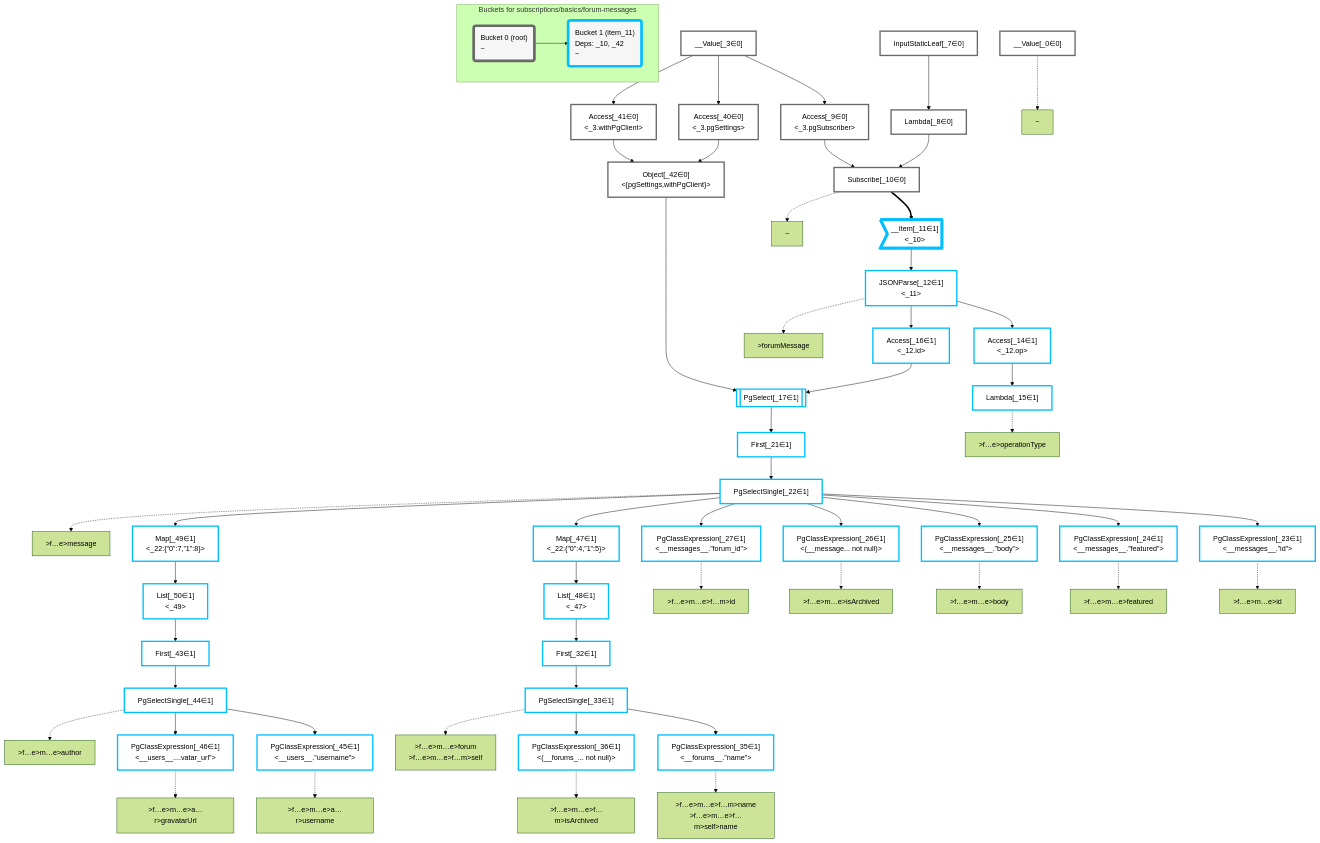
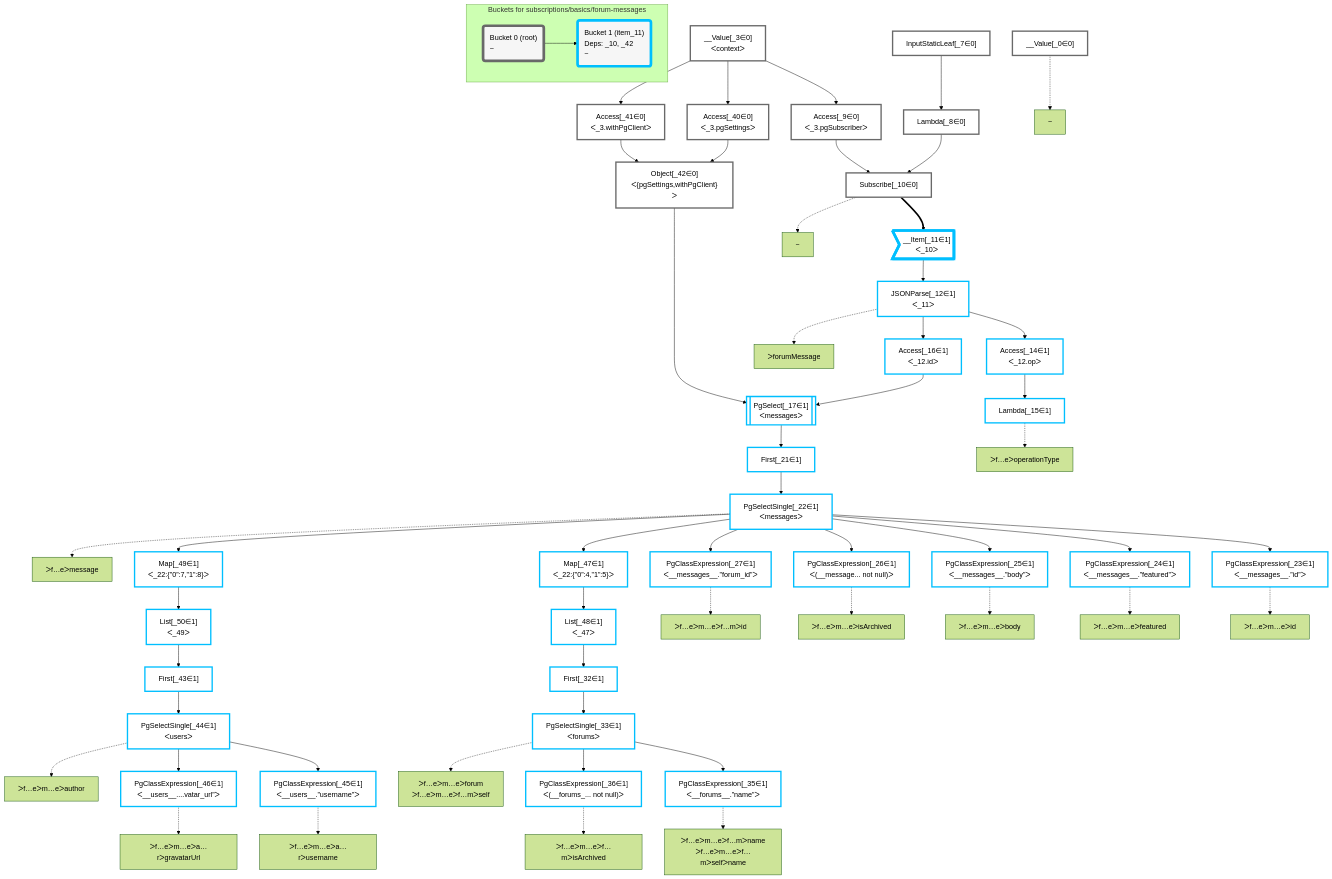
Before and after one commit to graphile/crystal: the diagram in packages/dataplan-pg/__tests__/subscriptions/basics/forum-messages.mermaid.md, drawn with Mermaid (forest theme). The commit also changed 195 other files, not shown here.

```diff
--- a/packages/dataplan-pg/__tests__/subscriptions/basics/forum-messages.mermaid.md
+++ b/packages/dataplan-pg/__tests__/subscriptions/basics/forum-messages.mermaid.md
@@ -9,39 +9,39 @@
 
     %% define plans
     __Value_0["__Value[_0∈0]"]:::plan
-    __Value_3["__Value[_3∈0]<br /><context>"]:::plan
+    __Value_3["__Value[_3∈0]<br />ᐸcontextᐳ"]:::plan
     InputStaticLeaf_7["InputStaticLeaf[_7∈0]"]:::plan
     Lambda_8["Lambda[_8∈0]"]:::plan
-    Access_9["Access[_9∈0]<br /><_3.pgSubscriber>"]:::plan
+    Access_9["Access[_9∈0]<br />ᐸ_3.pgSubscriberᐳ"]:::plan
     Subscribe_10["Subscribe[_10∈0]"]:::plan
-    __Item_11>"__Item[_11∈1]<br /><_10>"]:::itemplan
-    JSONParse_12["JSONParse[_12∈1]<br /><_11>"]:::plan
-    Access_14["Access[_14∈1]<br /><_12.op>"]:::plan
+    __Item_11>"__Item[_11∈1]<br />ᐸ_10ᐳ"]:::itemplan
+    JSONParse_12["JSONParse[_12∈1]<br />ᐸ_11ᐳ"]:::plan
+    Access_14["Access[_14∈1]<br />ᐸ_12.opᐳ"]:::plan
     Lambda_15["Lambda[_15∈1]"]:::plan
-    Access_16["Access[_16∈1]<br /><_12.id>"]:::plan
-    PgSelect_17[["PgSelect[_17∈1]<br /><messages>"]]:::plan
+    Access_16["Access[_16∈1]<br />ᐸ_12.idᐳ"]:::plan
+    PgSelect_17[["PgSelect[_17∈1]<br />ᐸmessagesᐳ"]]:::plan
     First_21["First[_21∈1]"]:::plan
-    PgSelectSingle_22["PgSelectSingle[_22∈1]<br /><messages>"]:::plan
-    PgClassExpression_23["PgClassExpression[_23∈1]<br /><__messages__.”id”>"]:::plan
-    PgClassExpression_24["PgClassExpression[_24∈1]<br /><__messages__.”featured”>"]:::plan
-    PgClassExpression_25["PgClassExpression[_25∈1]<br /><__messages__.”body”>"]:::plan
-    PgClassExpression_26["PgClassExpression[_26∈1]<br /><(__message... not null)>"]:::plan
-    PgClassExpression_27["PgClassExpression[_27∈1]<br /><__messages__.”forum_id”>"]:::plan
+    PgSelectSingle_22["PgSelectSingle[_22∈1]<br />ᐸmessagesᐳ"]:::plan
+    PgClassExpression_23["PgClassExpression[_23∈1]<br />ᐸ__messages__.”id”ᐳ"]:::plan
+    PgClassExpression_24["PgClassExpression[_24∈1]<br />ᐸ__messages__.”featured”ᐳ"]:::plan
+    PgClassExpression_25["PgClassExpression[_25∈1]<br />ᐸ__messages__.”body”ᐳ"]:::plan
+    PgClassExpression_26["PgClassExpression[_26∈1]<br />ᐸ(__message... not null)ᐳ"]:::plan
+    PgClassExpression_27["PgClassExpression[_27∈1]<br />ᐸ__messages__.”forum_id”ᐳ"]:::plan
     First_32["First[_32∈1]"]:::plan
-    PgSelectSingle_33["PgSelectSingle[_33∈1]<br /><forums>"]:::plan
-    PgClassExpression_35["PgClassExpression[_35∈1]<br /><__forums__.”name”>"]:::plan
-    PgClassExpression_36["PgClassExpression[_36∈1]<br /><(__forums_... not null)>"]:::plan
-    Access_40["Access[_40∈0]<br /><_3.pgSettings>"]:::plan
-    Access_41["Access[_41∈0]<br /><_3.withPgClient>"]:::plan
-    Object_42["Object[_42∈0]<br /><{pgSettings,withPgClient}>"]:::plan
+    PgSelectSingle_33["PgSelectSingle[_33∈1]<br />ᐸforumsᐳ"]:::plan
+    PgClassExpression_35["PgClassExpression[_35∈1]<br />ᐸ__forums__.”name”ᐳ"]:::plan
+    PgClassExpression_36["PgClassExpression[_36∈1]<br />ᐸ(__forums_... not null)ᐳ"]:::plan
+    Access_40["Access[_40∈0]<br />ᐸ_3.pgSettingsᐳ"]:::plan
+    Access_41["Access[_41∈0]<br />ᐸ_3.withPgClientᐳ"]:::plan
+    Object_42["Object[_42∈0]<br />ᐸ{pgSettings,withPgClient}ᐳ"]:::plan
     First_43["First[_43∈1]"]:::plan
-    PgSelectSingle_44["PgSelectSingle[_44∈1]<br /><users>"]:::plan
-    PgClassExpression_45["PgClassExpression[_45∈1]<br /><__users__.”username”>"]:::plan
-    PgClassExpression_46["PgClassExpression[_46∈1]<br /><__users__....vatar_url”>"]:::plan
-    Map_47["Map[_47∈1]<br /><_22:{”0”:4,”1”:5}>"]:::plan
-    List_48["List[_48∈1]<br /><_47>"]:::plan
-    Map_49["Map[_49∈1]<br /><_22:{”0”:7,”1”:8}>"]:::plan
-    List_50["List[_50∈1]<br /><_49>"]:::plan
+    PgSelectSingle_44["PgSelectSingle[_44∈1]<br />ᐸusersᐳ"]:::plan
+    PgClassExpression_45["PgClassExpression[_45∈1]<br />ᐸ__users__.”username”ᐳ"]:::plan
+    PgClassExpression_46["PgClassExpression[_46∈1]<br />ᐸ__users__....vatar_url”ᐳ"]:::plan
+    Map_47["Map[_47∈1]<br />ᐸ_22:{”0”:4,”1”:5}ᐳ"]:::plan
+    List_48["List[_48∈1]<br />ᐸ_47ᐳ"]:::plan
+    Map_49["Map[_49∈1]<br />ᐸ_22:{”0”:7,”1”:8}ᐳ"]:::plan
+    List_50["List[_50∈1]<br />ᐸ_49ᐳ"]:::plan
 
     %% plan dependencies
     InputStaticLeaf_7 --> Lambda_8
@@ -84,33 +84,33 @@
     __Value_0 -.-> P_0
     P_10["~"]
     Subscribe_10 -.-> P_10
-    P_12[">forumMessage"]
+    P_12["ᐳforumMessage"]
     JSONParse_12 -.-> P_12
-    P_15[">f…e>operationType"]
+    P_15["ᐳf…eᐳoperationType"]
     Lambda_15 -.-> P_15
-    P_22[">f…e>message"]
+    P_22["ᐳf…eᐳmessage"]
     PgSelectSingle_22 -.-> P_22
-    P_23[">f…e>m…e>id"]
+    P_23["ᐳf…eᐳm…eᐳid"]
     PgClassExpression_23 -.-> P_23
-    P_24[">f…e>m…e>featured"]
+    P_24["ᐳf…eᐳm…eᐳfeatured"]
     PgClassExpression_24 -.-> P_24
-    P_25[">f…e>m…e>body"]
+    P_25["ᐳf…eᐳm…eᐳbody"]
     PgClassExpression_25 -.-> P_25
-    P_26[">f…e>m…e>isArchived"]
+    P_26["ᐳf…eᐳm…eᐳisArchived"]
     PgClassExpression_26 -.-> P_26
-    P_27[">f…e>m…e>f…m>id"]
+    P_27["ᐳf…eᐳm…eᐳf…mᐳid"]
     PgClassExpression_27 -.-> P_27
-    P_33[">f…e>m…e>forum<br />>f…e>m…e>f…m>self"]
+    P_33["ᐳf…eᐳm…eᐳforum<br />ᐳf…eᐳm…eᐳf…mᐳself"]
     PgSelectSingle_33 -.-> P_33
-    P_35[">f…e>m…e>f…m>name<br />>f…e>m…e>f…m>self>name"]
+    P_35["ᐳf…eᐳm…eᐳf…mᐳname<br />ᐳf…eᐳm…eᐳf…mᐳselfᐳname"]
     PgClassExpression_35 -.-> P_35
-    P_36[">f…e>m…e>f…m>isArchived"]
+    P_36["ᐳf…eᐳm…eᐳf…mᐳisArchived"]
     PgClassExpression_36 -.-> P_36
-    P_44[">f…e>m…e>author"]
+    P_44["ᐳf…eᐳm…eᐳauthor"]
     PgSelectSingle_44 -.-> P_44
-    P_45[">f…e>m…e>a…r>username"]
+    P_45["ᐳf…eᐳm…eᐳa…rᐳusername"]
     PgClassExpression_45 -.-> P_45
-    P_46[">f…e>m…e>a…r>gravatarUrl"]
+    P_46["ᐳf…eᐳm…eᐳa…rᐳgravatarUrl"]
     PgClassExpression_46 -.-> P_46
 
     %% allocate buckets
```
